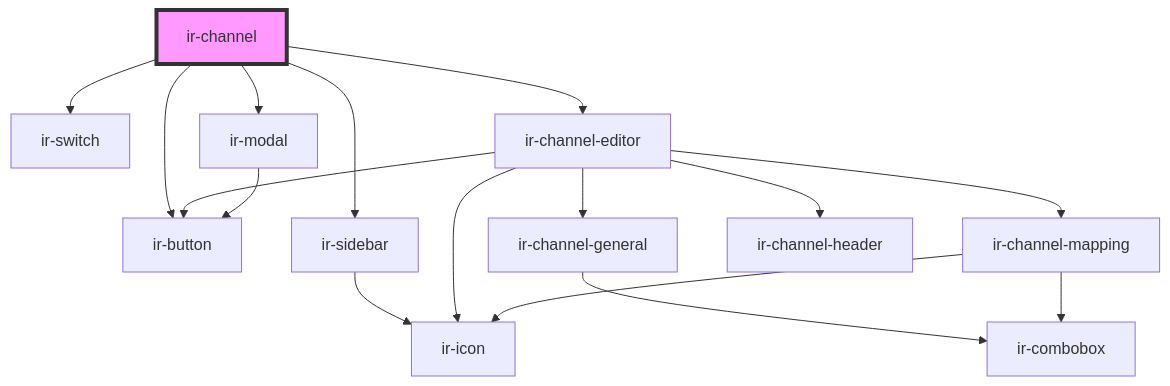
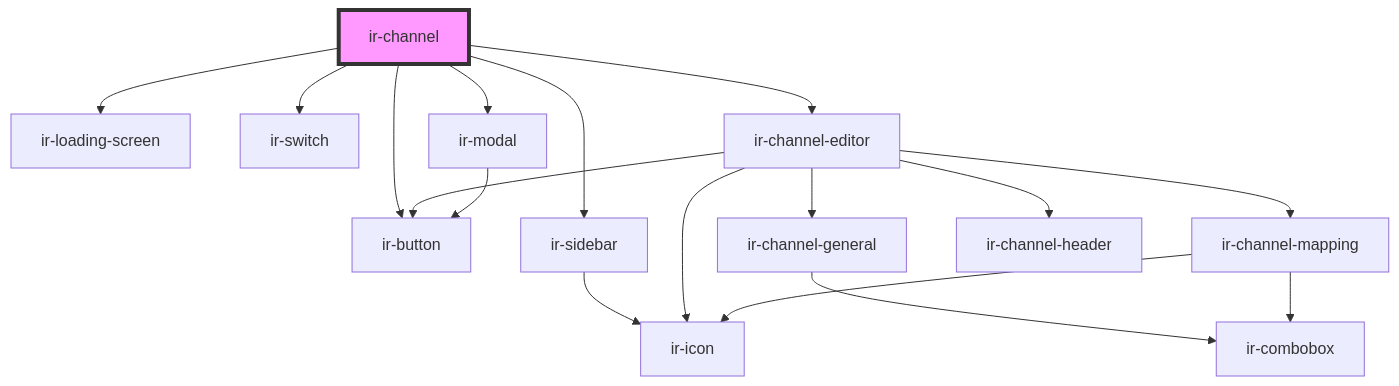
Before and after one commit to David1Chowaifaty/modified-ir-webcmp: the diagram in src/components/ir-channel/readme.md, drawn with Mermaid. The commit also changed other lines of this file and 6 other files, not shown here.

````diff
--- a/src/components/ir-channel/readme.md
+++ b/src/components/ir-channel/readme.md
@@ -29,19 +30,20 @@
 ```mermaid
 graph TD;
+  ir-channel --> ir-loading-screen
   ir-channel --> ir-button
   ir-channel --> ir-switch
   ir-channel --> ir-sidebar
   ir-channel --> ir-channel-editor
   ir-channel --> ir-modal
   ir-sidebar --> ir-icon
   ir-channel-editor --> ir-channel-general
   ir-channel-editor --> ir-channel-mapping
   ir-channel-editor --> ir-icon
   ir-channel-editor --> ir-channel-header
   ir-channel-editor --> ir-button
   ir-channel-general --> ir-combobox
   ir-channel-mapping --> ir-icon
   ir-channel-mapping --> ir-combobox
   ir-modal --> ir-button
   style ir-channel fill:#f9f,stroke:#333,stroke-width:4px
 ```
````
